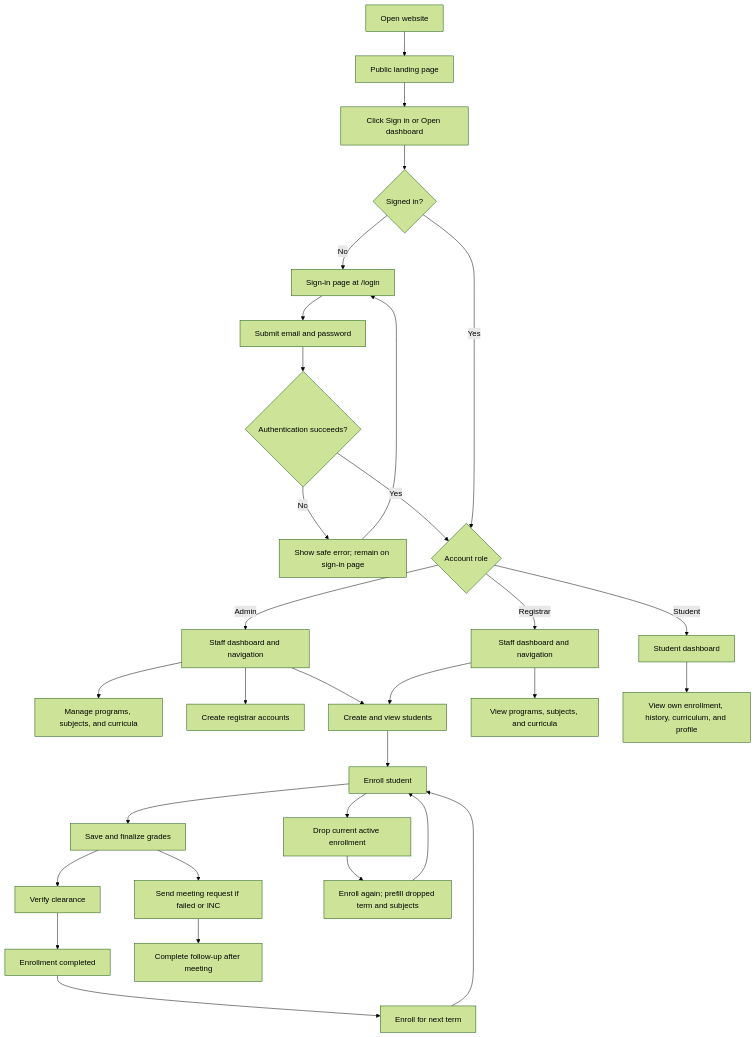
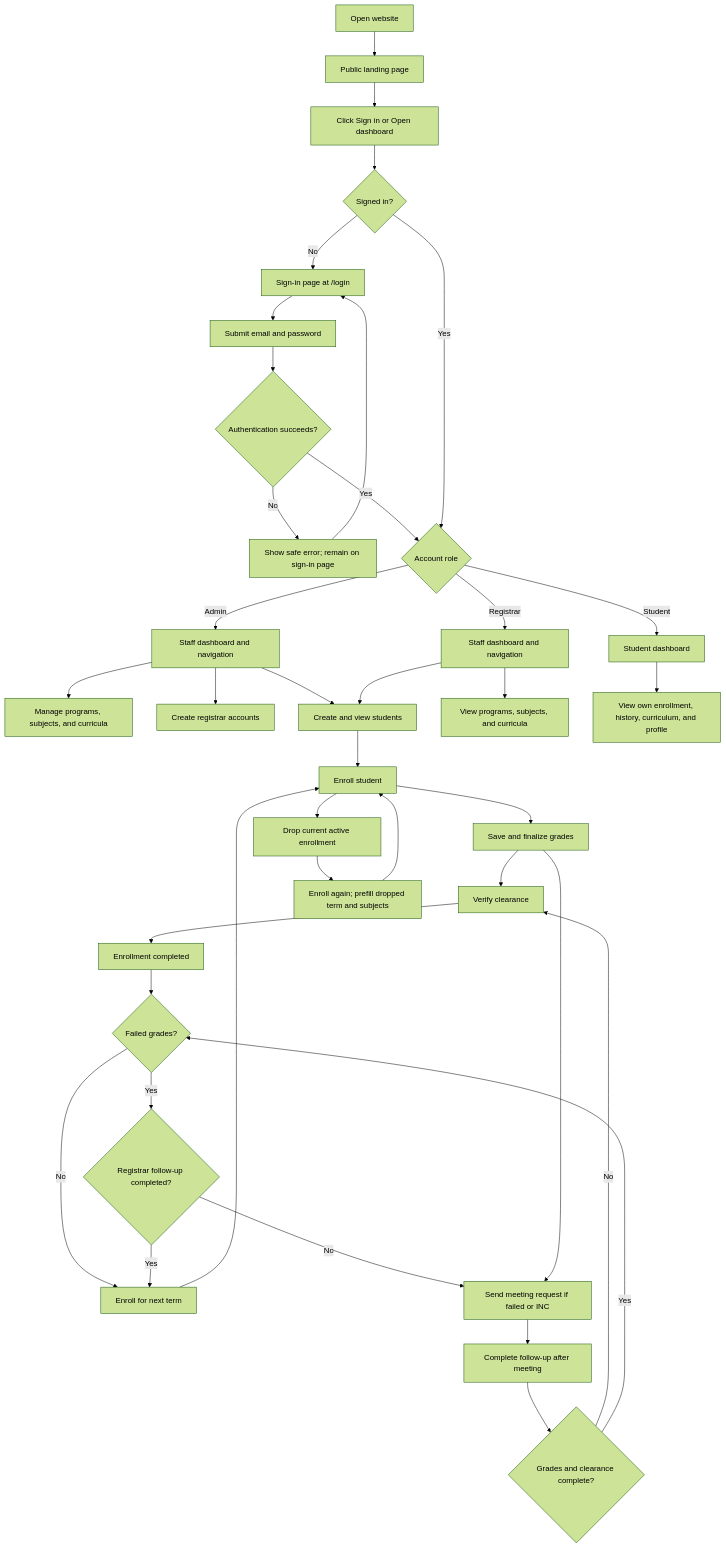
Before and after one commit to AetherKnowledge/enrollment-system: the first of 16 diagrams in docs/system-flows.md, drawn with Mermaid (forest theme). The commit also changed other lines of this file and 10 other files, not shown here.

Commit message:
fix(enrollment): require meetings for failed grades

````diff
--- a/docs/system-flows.md
+++ b/docs/system-flows.md
@@ -30,33 +30,40 @@
 ```mermaid
 flowchart TD
     Open[Open website] --> Landing[Public landing page]
     Landing --> Portal[Click Sign in or Open dashboard]
     Portal --> Session{Signed in?}
     Session -->|No| Login[Sign-in page at /login]
     Login --> Credentials[Submit email and password]
     Credentials --> Valid{Authentication succeeds?}
     Valid -->|No| LoginError[Show safe error; remain on sign-in page]
     LoginError --> Login
     Valid -->|Yes| Role{Account role}
     Session -->|Yes| Role
     Role -->|Admin| Admin[Staff dashboard and navigation]
     Role -->|Registrar| Registrar[Staff dashboard and navigation]
     Role -->|Student| Student[Student dashboard]
     Admin --> Catalog[Manage programs, subjects, and curricula]
     Admin --> Registrars[Create registrar accounts]
     Admin --> Students[Create and view students]
     Registrar --> Students
     Registrar --> ReadCatalog[View programs, subjects, and curricula]
     Students --> Enroll[Enroll student]
     Enroll --> Grades[Save and finalize grades]
     Grades --> Clearance[Verify clearance]
     Clearance --> Complete[Enrollment completed]
-    Complete --> Next[Enroll for next term]
+    Complete --> MeetingRequired{Failed grades?}
+    MeetingRequired -->|No| Next[Enroll for next term]
+    MeetingRequired -->|Yes| MeetingDone{Registrar follow-up completed?}
+    MeetingDone -->|Yes| Next
+    MeetingDone -->|No| FollowUp
     Next --> Enroll
     Grades --> FollowUp[Send meeting request if failed or INC]
     FollowUp --> Close[Complete follow-up after meeting]
+    Close --> Recheck{Grades and clearance complete?}
+    Recheck -->|No| Clearance
+    Recheck -->|Yes| MeetingRequired
     Enroll --> Drop[Drop current active enrollment]
     Drop --> Again[Enroll again; prefill dropped term and subjects]
     Again --> Enroll
     Student --> Own[View own enrollment, history, curriculum, and profile]
 ```
````
